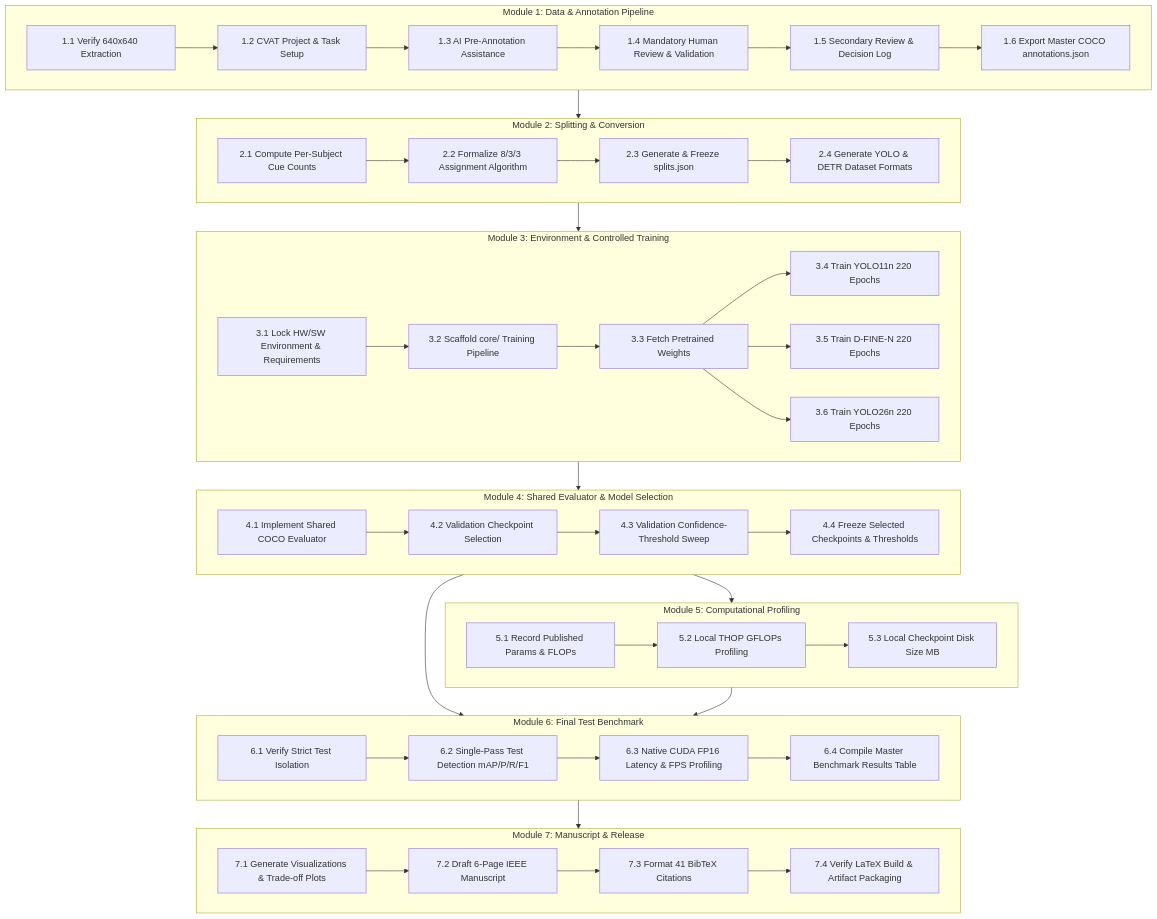
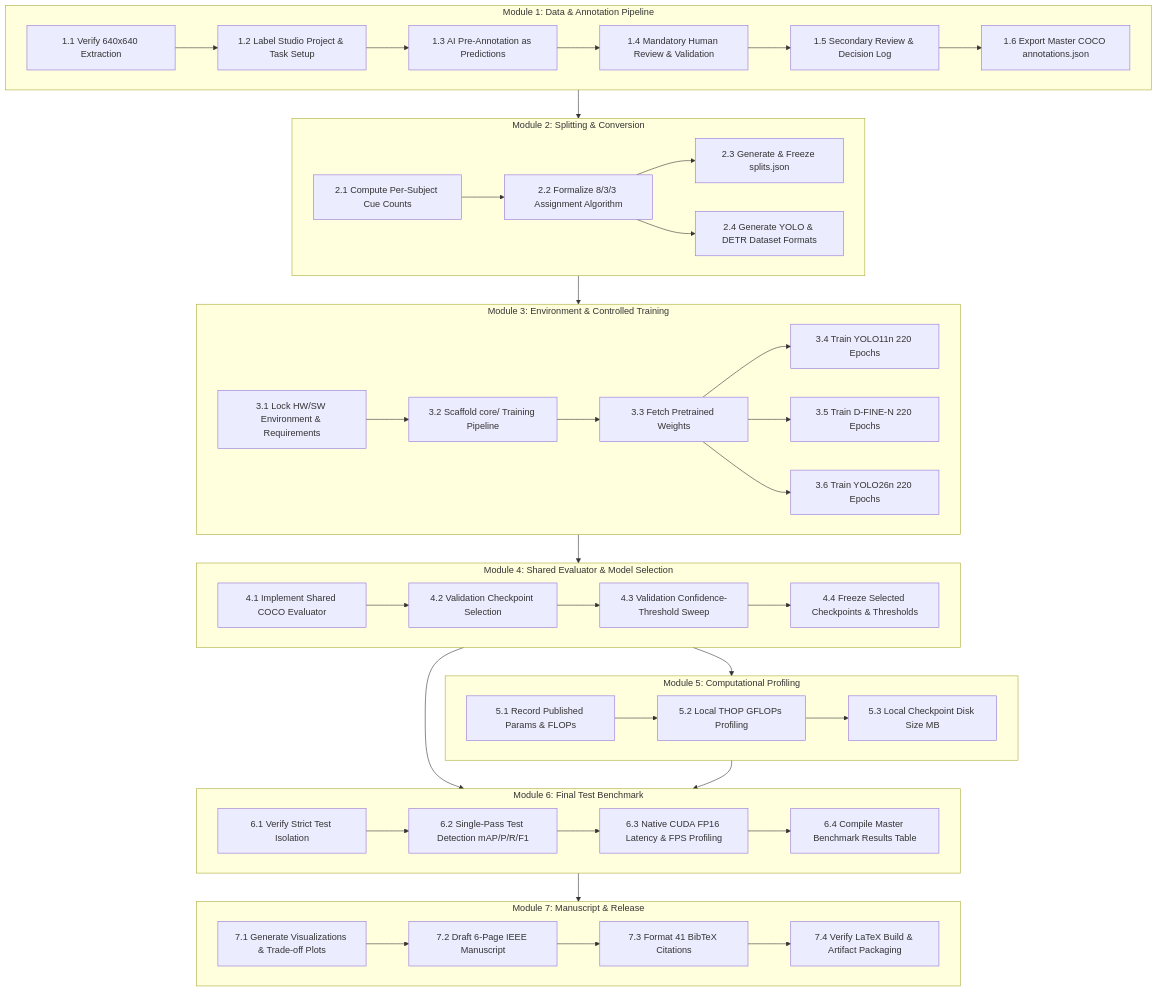
The diagram in docs/execution-checklist.md (IamOumarIbrahim/DMS-Eval), drawn with Mermaid before and after one commit. The commit also changed other lines of this file and 17 other files, not shown here.

Commit message:
Add Label Studio annotation and preannotation workflow

````diff
--- a/docs/execution-checklist.md
+++ b/docs/execution-checklist.md
@@ -13,55 +13,55 @@
 ```mermaid
 flowchart TD
     subgraph M1["Module 1: Data & Annotation Pipeline"]
-        A1[1.1 Verify 640x640 Extraction] --> A2[1.2 CVAT Project & Task Setup]
-        A2 --> A3[1.3 AI Pre-Annotation Assistance]
+        A1[1.1 Verify 640x640 Extraction] --> A2[1.2 Label Studio Project & Task Setup]
+        A2 --> A3[1.3 AI Pre-Annotation as Predictions]
         A3 --> A4[1.4 Mandatory Human Review & Validation]
         A4 --> A5[1.5 Secondary Review & Decision Log]
         A5 --> A6[1.6 Export Master COCO annotations.json]
     end
 
     subgraph M2["Module 2: Splitting & Conversion"]
         B1[2.1 Compute Per-Subject Cue Counts] --> B2[2.2 Formalize 8/3/3 Assignment Algorithm]
         B2 --> B3[2.3 Generate & Freeze splits.json]
-        B3 --> B4[2.4 Generate YOLO & DETR Dataset Formats]
+        B2 --> B4[2.4 Generate YOLO & DETR Dataset Formats]
     end
 
     subgraph M3["Module 3: Environment & Controlled Training"]
         C1[3.1 Lock HW/SW Environment & Requirements] --> C2[3.2 Scaffold core/ Training Pipeline]
         C2 --> C3[3.3 Fetch Pretrained Weights]
         C3 --> C4[3.4 Train YOLO11n 220 Epochs]
         C3 --> C5[3.5 Train D-FINE-N 220 Epochs]
         C3 --> C6[3.6 Train YOLO26n 220 Epochs]
     end
 
     subgraph M4["Module 4: Shared Evaluator & Model Selection"]
         D1[4.1 Implement Shared COCO Evaluator] --> D2[4.2 Validation Checkpoint Selection]
         D2 --> D3[4.3 Validation Confidence-Threshold Sweep]
         D3 --> D4[4.4 Freeze Selected Checkpoints & Thresholds]
     end
 
     subgraph M5["Module 5: Computational Profiling"]
         E1[5.1 Record Published Params & FLOPs] --> E2[5.2 Local THOP GFLOPs Profiling]
         E2 --> E3[5.3 Local Checkpoint Disk Size MB]
     end
 
     subgraph M6["Module 6: Final Test Benchmark"]
         F1[6.1 Verify Strict Test Isolation] --> F2[6.2 Single-Pass Test Detection mAP/P/R/F1]
         F2 --> F3[6.3 Native CUDA FP16 Latency & FPS Profiling]
         F3 --> F4[6.4 Compile Master Benchmark Results Table]
     end
 
     subgraph M7["Module 7: Manuscript & Release"]
         G1[7.1 Generate Visualizations & Trade-off Plots] --> G2[7.2 Draft 6-Page IEEE Manuscript]
         G2 --> G3[7.3 Format 41 BibTeX Citations]
         G3 --> G4[7.4 Verify LaTeX Build & Artifact Packaging]
     end
 
     M1 --> M2
     M2 --> M3
     M3 --> M4
     M4 --> M5
     M4 --> M6
     M5 --> M6
     M6 --> M7
 ```
````
